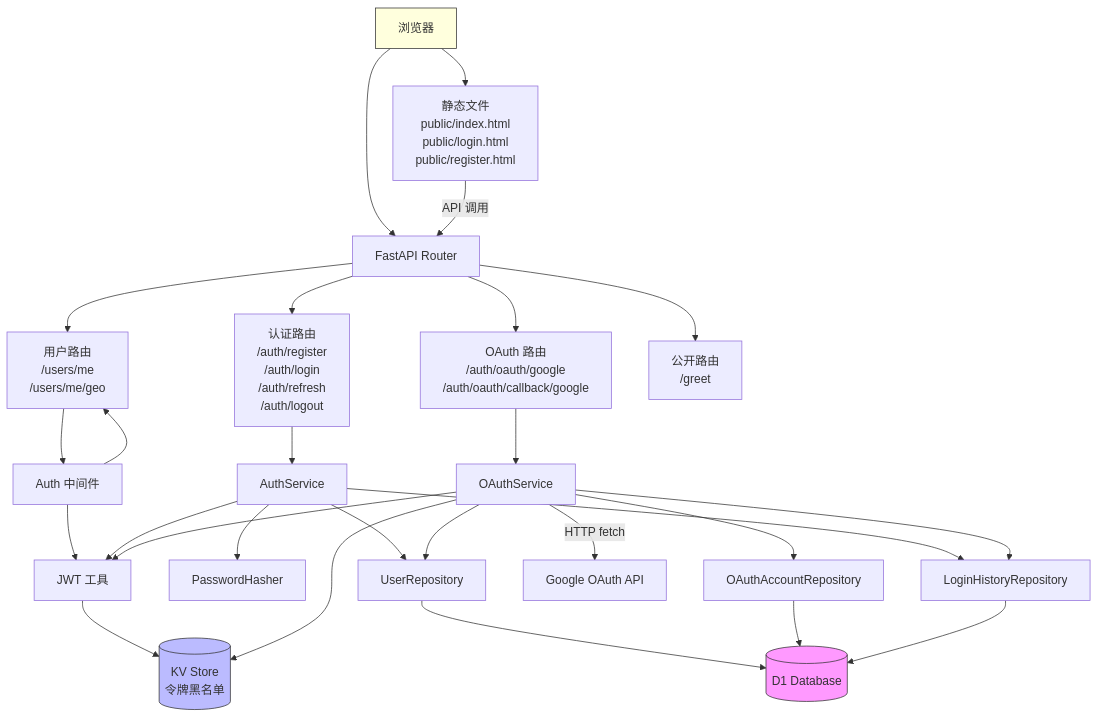
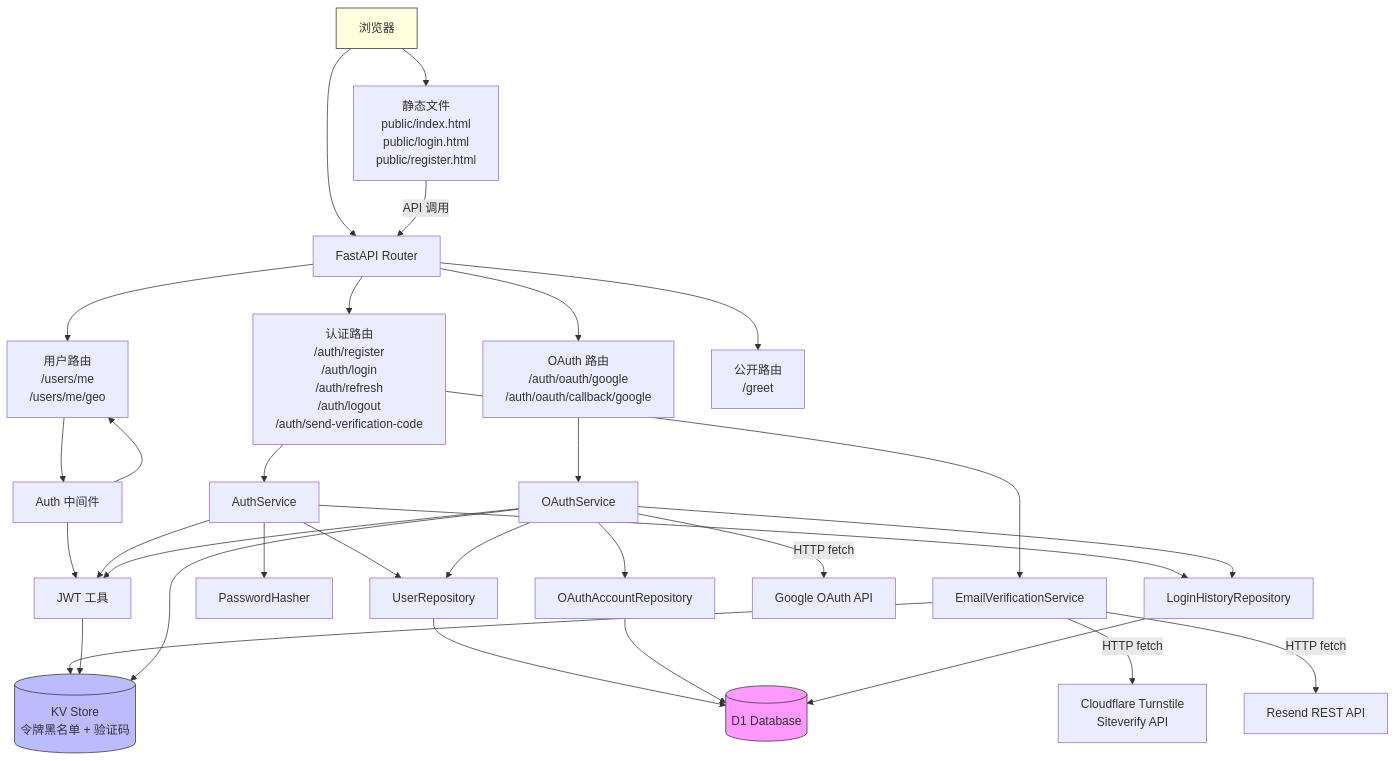
Before and after one commit to peliowl/cloudflare-auth: the first of 4 diagrams in .kiro/specs/user-auth/design.md, drawn with Mermaid. The commit also changed other lines of this file and 12 other files, not shown here.

````diff
--- a/.kiro/specs/user-auth/design.md
+++ b/.kiro/specs/user-auth/design.md
@@ -18,40 +20,45 @@
 ```mermaid
 graph TB
     Browser[浏览器] --> StaticFiles[静态文件<br>public/index.html<br>public/login.html<br>public/register.html]
     Browser --> FW[FastAPI Router]
     
     StaticFiles -->|API 调用| FW
     
-    FW --> AuthRoutes[认证路由<br>/auth/register<br>/auth/login<br>/auth/refresh<br>/auth/logout]
+    FW --> AuthRoutes[认证路由<br>/auth/register<br>/auth/login<br>/auth/refresh<br>/auth/logout<br>/auth/send-verification-code]
     FW --> OAuthRoutes[OAuth 路由<br>/auth/oauth/google<br>/auth/oauth/callback/google]
     FW --> UserRoutes[用户路由<br>/users/me<br>/users/me/geo]
     FW --> PublicRoutes[公开路由<br>/greet]
     
     AuthRoutes --> AuthService[AuthService]
+    AuthRoutes --> EmailVerificationService[EmailVerificationService]
     OAuthRoutes --> OAuthService[OAuthService]
     UserRoutes --> AuthMiddleware[Auth 中间件]
     AuthMiddleware --> JWTUtil[JWT 工具]
     AuthMiddleware --> UserRoutes
     
     AuthService --> PasswordHasher[PasswordHasher]
     AuthService --> JWTUtil
     AuthService --> UserRepo[UserRepository]
     
+    EmailVerificationService -->|HTTP fetch| TurnstileAPI[Cloudflare Turnstile<br>Siteverify API]
+    EmailVerificationService -->|HTTP fetch| ResendAPI[Resend REST API]
+    EmailVerificationService --> KV
+    
     OAuthService --> UserRepo
     OAuthService --> JWTUtil
     OAuthService --> OAuthProviderRepo[OAuthAccountRepository]
     OAuthService -->|HTTP fetch| GoogleAPI[Google OAuth API]
     
     UserRepo --> D1[(D1 Database)]
     OAuthProviderRepo --> D1
-    JWTUtil --> KV[(KV Store<br>令牌黑名单)]
+    JWTUtil --> KV[(KV Store<br>令牌黑名单 + 验证码)]
     OAuthService --> KV
     
     AuthService --> LoginHistoryRepo[LoginHistoryRepository]
     OAuthService --> LoginHistoryRepo
     LoginHistoryRepo --> D1
     
     style D1 fill:#f9f,stroke:#333
     style KV fill:#bbf,stroke:#333
     style Browser fill:#ffd,stroke:#333
 ```
````
